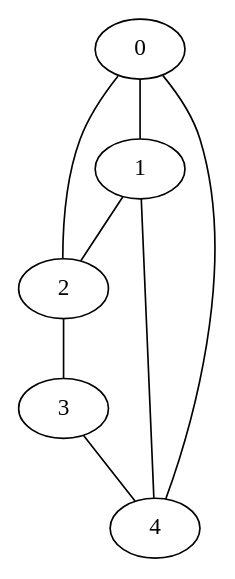
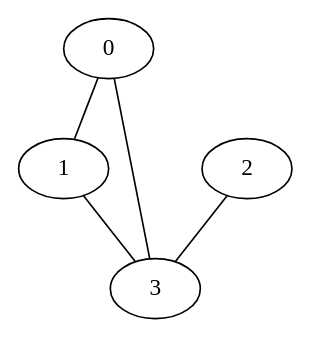
Before and after one commit to clay-010/DiscreteMathLaboratory: the diagram in graphs.dot, drawn with Graphviz. The commit also changed 3 other files, not shown here.

```diff
--- a/graphs.dot
+++ b/graphs.dot
@@ -1,9 +1,6 @@
 graph G {
     0 -- 1;
-    0 -- 2;
-    0 -- 4;
-    1 -- 2;
-    1 -- 4;
+    0 -- 3;
+    1 -- 3;
     2 -- 3;
-    3 -- 4;
 }
```
